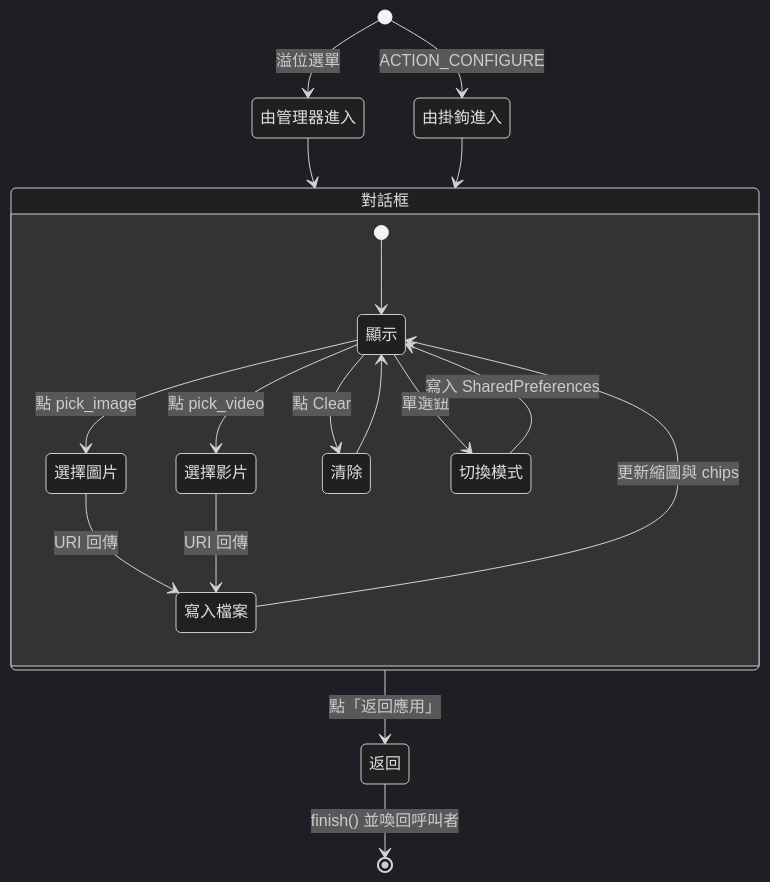
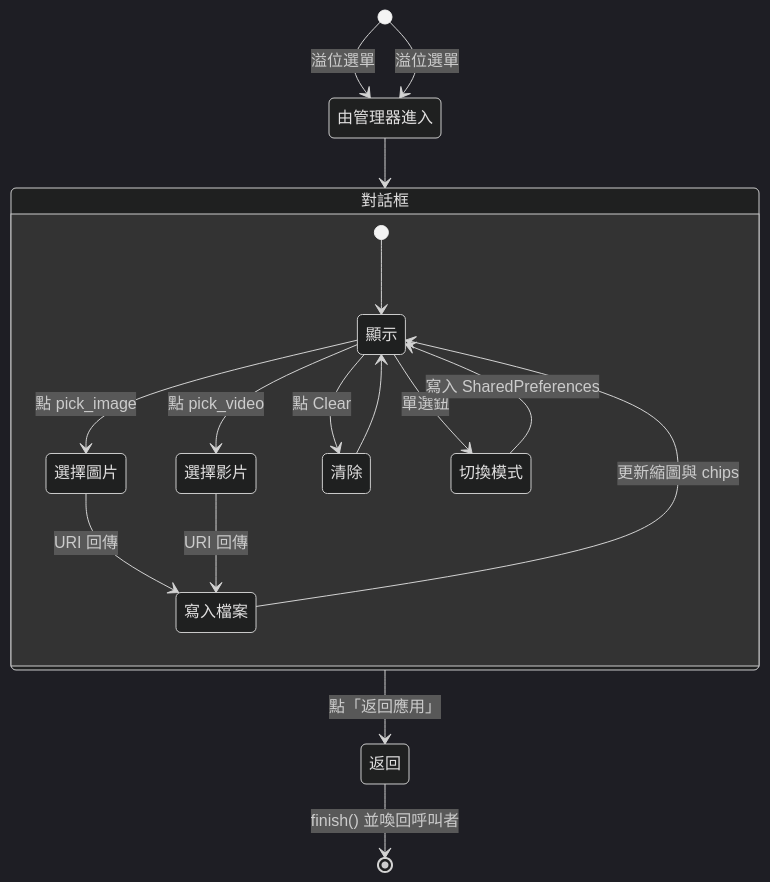
One commit to Steake/com.example.vcam changed the third of 3 diagrams in README_tc.md. Above: the diagram before and after it, drawn with Mermaid (dark theme). The commit also changed other lines of this file and 4 other files, not shown here.

````diff
--- a/README_tc.md
+++ b/README_tc.md
@@ -132,24 +132,23 @@
 ```mermaid
 stateDiagram-v2
     [*] --> 由管理器進入: 溢位選單
-    [*] --> 由掛鉤進入: ACTION_CONFIGURE
+    [*] --> 由管理器進入: 溢位選單
 
     由管理器進入 --> 對話框
-    由掛鉤進入 --> 對話框
 
     state 對話框 {
         [*] --> 顯示
         顯示 --> 選擇圖片: 點 pick_image
         顯示 --> 選擇影片: 點 pick_video
         選擇圖片 --> 寫入檔案: URI 回傳
         選擇影片 --> 寫入檔案: URI 回傳
         寫入檔案 --> 顯示: 更新縮圖與 chips
         顯示 --> 清除: 點 Clear
         清除 --> 顯示
         顯示 --> 切換模式: 單選鈕
         切換模式 --> 顯示: 寫入 SharedPreferences
     }
 
     對話框 --> 返回: 點「返回應用」
     返回 --> [*]: finish() 並喚回呼叫者
 ```
````
